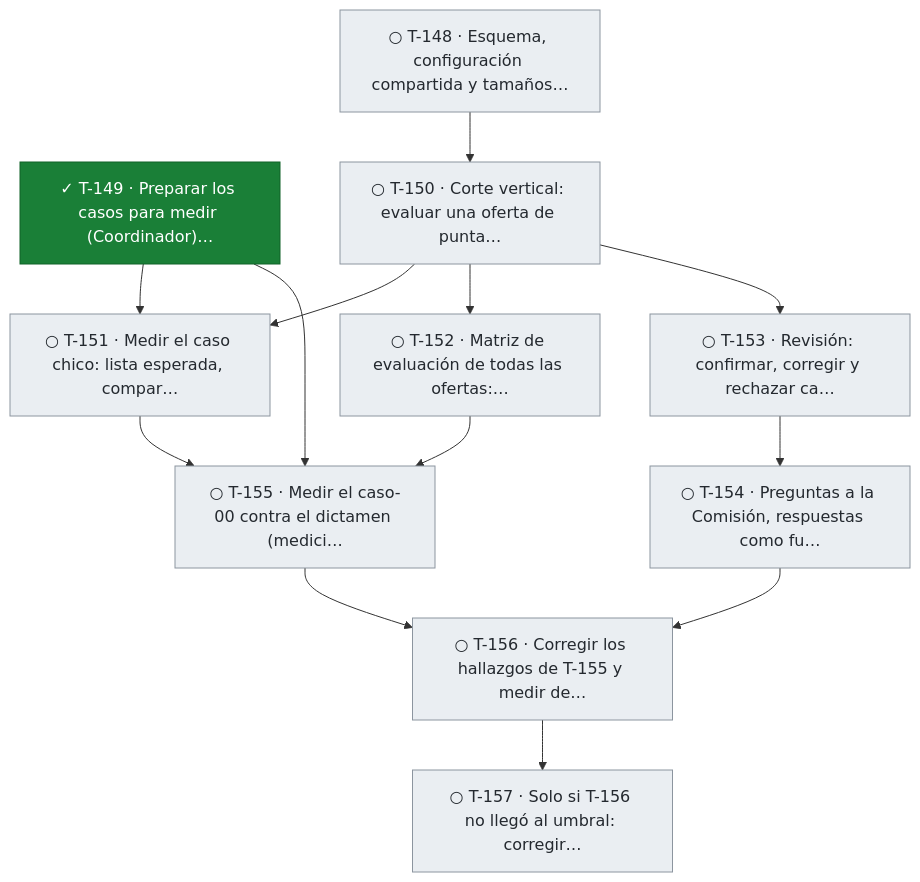
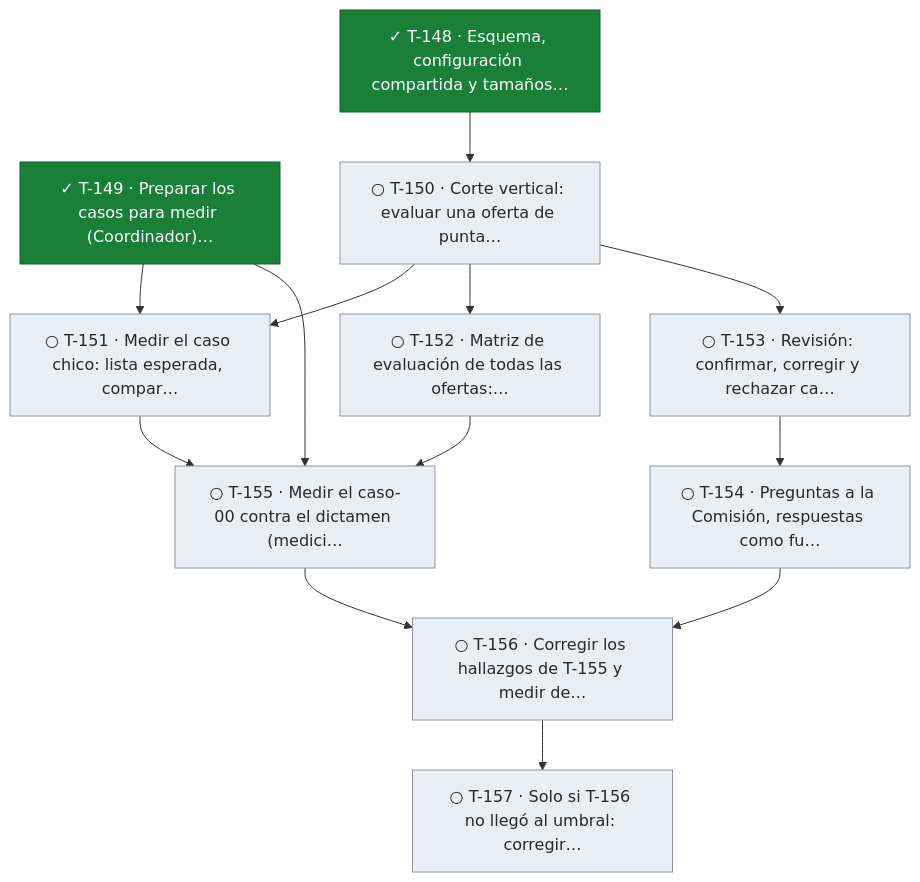
Before and after one commit to snavello/EVALUON: the seventh of 11 diagrams in docs/tablero.md, drawn with Mermaid. The commit also changed other lines of this file and 1 other file, not shown here.

````diff
--- a/docs/tablero.md
+++ b/docs/tablero.md
@@ -685,30 +685,30 @@
 ```mermaid
 flowchart TD
-  T148["○ T-148 · Esquema, configuración compartida y tamaños…"]:::todo
+  T148["✓ T-148 · Esquema, configuración compartida y tamaños…"]:::done
   T149["✓ T-149 · Preparar los casos para medir (Coordinador)…"]:::done
   T150["○ T-150 · Corte vertical: evaluar una oferta de punta…"]:::todo
   T151["○ T-151 · Medir el caso chico: lista esperada, compar…"]:::todo
   T152["○ T-152 · Matriz de evaluación de todas las ofertas:…"]:::todo
   T153["○ T-153 · Revisión: confirmar, corregir y rechazar ca…"]:::todo
   T154["○ T-154 · Preguntas a la Comisión, respuestas como fu…"]:::todo
   T155["○ T-155 · Medir el caso-00 contra el dictamen (medici…"]:::todo
   T156["○ T-156 · Corregir los hallazgos de T-155 y medir de…"]:::todo
   T157["○ T-157 · Solo si T-156 no llegó al umbral: corregir…"]:::todo
   T148 --> T150
   T149 --> T151
   T150 --> T151
   T150 --> T152
   T150 --> T153
   T153 --> T154
   T149 --> T155
   T151 --> T155
   T152 --> T155
   T154 --> T156
   T155 --> T156
   T156 --> T157
   classDef done fill:#1a7f37,stroke:#116329,color:#ffffff
   classDef review fill:#0969da,stroke:#0550ae,color:#ffffff
   classDef active fill:#bf8700,stroke:#7d4e00,color:#ffffff
   classDef blocked fill:#cf222e,stroke:#a40e26,color:#ffffff
   classDef todo fill:#eaeef2,stroke:#8c959f,color:#24292f
 ```
````
